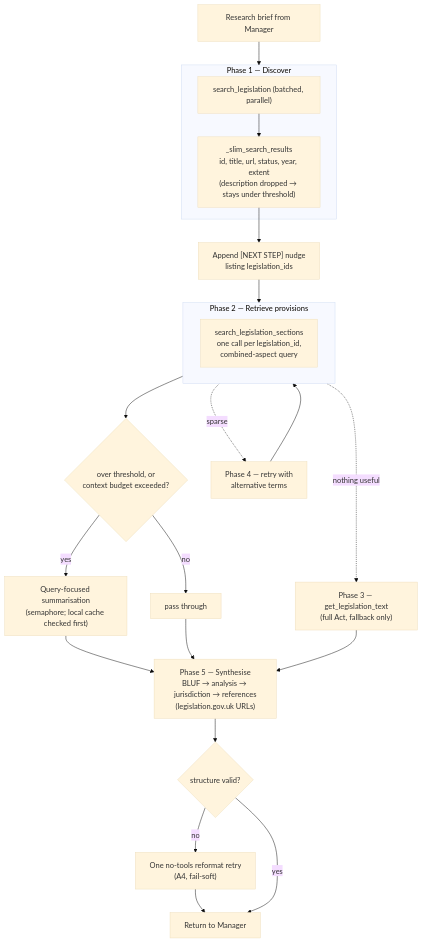
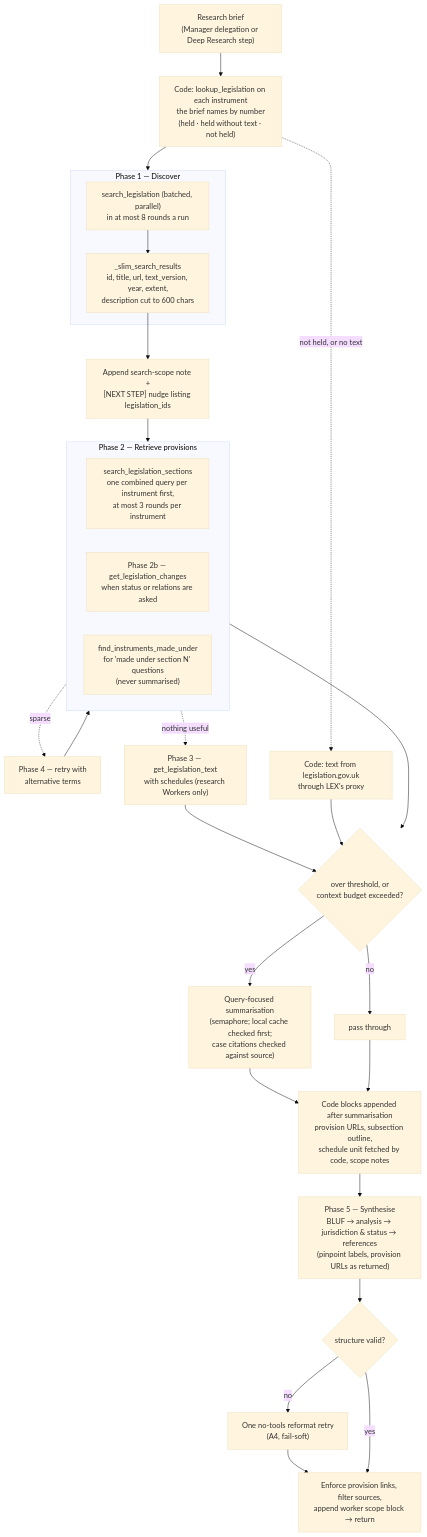
Before and after one commit to delphium226/LexChat: the fifth of 15 diagrams in docs/ARCHITECTURE.md, drawn with Mermaid (base theme). The commit also changed other lines of this file and 18 other files, not shown here.

````diff
--- a/docs/ARCHITECTURE.md
+++ b/docs/ARCHITECTURE.md
@@ -320,28 +445,33 @@
 ```mermaid
 flowchart TD
-    brief["Research brief from Manager"] --> p1
+    brief["Research brief<br/>(Manager delegation or Deep Research step)"] --> routed["Code: lookup_legislation on each instrument<br/>the brief names by number<br/>(held · held without text · not held)"]
+    routed --> p1
 
     subgraph p1["Phase 1 — Discover"]
-        s1["search_legislation (batched, parallel)"]
-        s1 --> slim["_slim_search_results<br/>id, title, url, status, year, extent<br/>(description dropped → stays under threshold)"]
+        s1["search_legislation (batched, parallel)<br/>in at most 8 rounds a run"]
+        s1 --> slim["_slim_search_results<br/>id, title, url, text_version, year, extent,<br/>description cut to 600 chars"]
     end
-    slim --> nudge1["Append [NEXT STEP] nudge<br/>listing legislation_ids"]
+    slim --> nudge1["Append search-scope note +<br/>[NEXT STEP] nudge listing legislation_ids"]
 
     nudge1 --> p2
     subgraph p2["Phase 2 — Retrieve provisions"]
-        s2["search_legislation_sections<br/>one call per legislation_id,<br/>combined-aspect query"]
+        s2["search_legislation_sections<br/>one combined query per instrument first,<br/>at most 3 rounds per instrument"]
+        rel["Phase 2b — get_legislation_changes<br/>when status or relations are asked"]
+        mu["find_instruments_made_under<br/>for 'made under section N' questions<br/>(never summarised)"]
     end
 
     p2 --> big{"over threshold, or<br/>context budget exceeded?"}
-    big -- yes --> sum["Query-focused summarisation<br/>(semaphore; local cache checked first)"]
+    big -- yes --> sum["Query-focused summarisation<br/>(semaphore; local cache checked first;<br/>case citations checked against source)"]
     big -- no --> keep["pass through"]
-    sum --> synth
-    keep --> synth
+    sum --> blocks
+    keep --> blocks
+    blocks["Code blocks appended after summarisation<br/>provision URLs, subsection outline,<br/>schedule unit fetched by code, scope notes"] --> synth
 
-    p2 -. sparse .-> iterate["Phase 4 — retry with<br/>alternative terms"] --> p2
-    p2 -. nothing useful .-> fallback["Phase 3 — get_legislation_text<br/>(full Act, fallback only)"] --> synth
+    p2 -.->|sparse| iterate["Phase 4 — retry with<br/>alternative terms"] --> p2
+    p2 -.->|"nothing useful"| fallback["Phase 3 — get_legislation_text<br/>with schedules (research Workers only)"] --> big
+    routed -.->|"not held, or no text"| pub["Code: text from legislation.gov.uk<br/>through LEX's proxy"] --> big
 
-    synth["Phase 5 — Synthesise<br/>BLUF → analysis → jurisdiction → references<br/>(legislation.gov.uk URLs)"] --> chk{"structure valid?"}
+    synth["Phase 5 — Synthesise<br/>BLUF → analysis → jurisdiction & status → references<br/>(pinpoint labels, provision URLs as returned)"] --> chk{"structure valid?"}
     chk -- no --> refmt["One no-tools reformat retry<br/>(A4, fail-soft)"] --> out
-    chk -- yes --> out["Return to Manager"]
+    chk -- yes --> out["Enforce provision links, filter sources,<br/>append worker scope block → return"]
 ```
````
